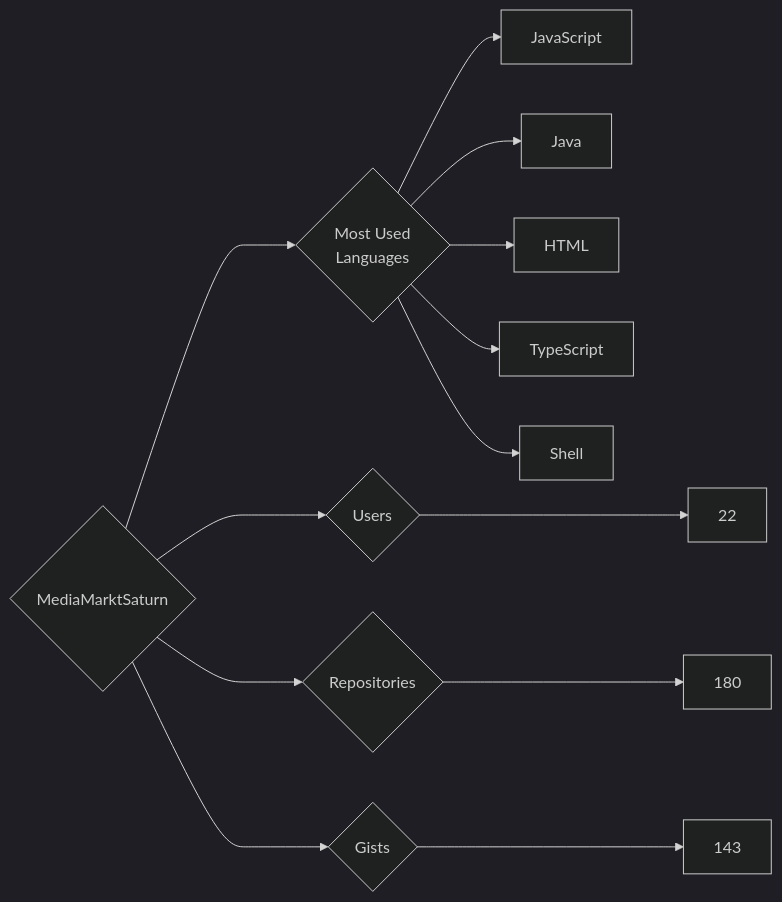
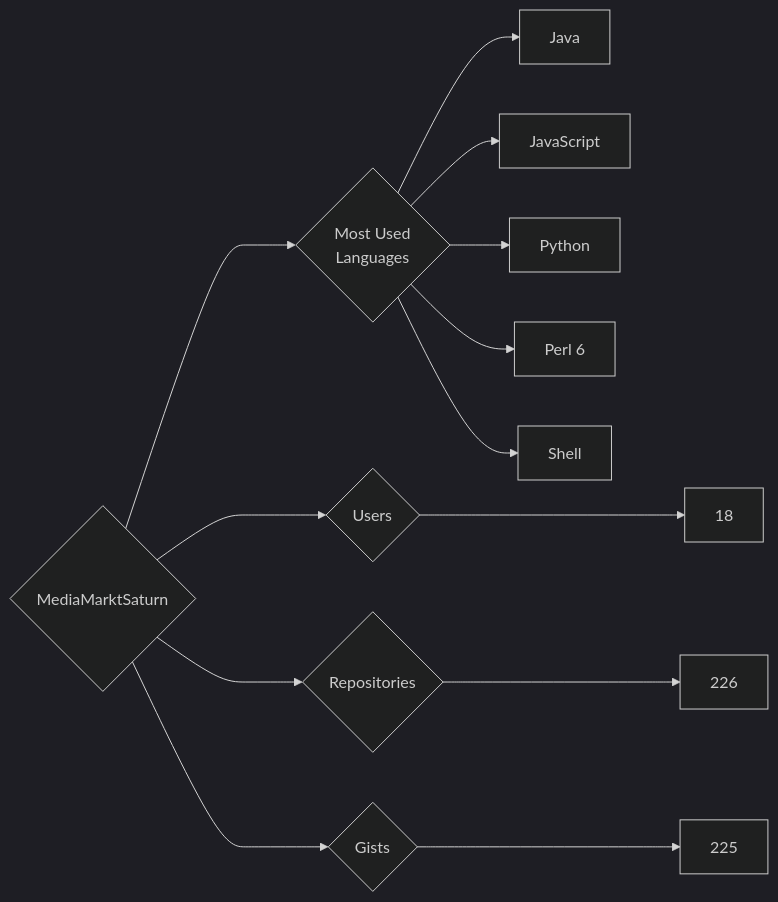
One commit to trickest/insiders changed the diagram in targets/MediaMarktSaturn/README.md. Above: the diagram before and after it, drawn with Mermaid (dark theme). The commit also changed 969 other files, not shown here.

````diff
--- a/targets/MediaMarktSaturn/README.md
+++ b/targets/MediaMarktSaturn/README.md
@@ -3,13 +3,13 @@
 ```mermaid
 graph LR
 COMPANY_NAME{MediaMarktSaturn}
-COMPANY_NAME ---> U{Users} ---> UN[22]
-COMPANY_NAME ---> R{Repositories} ---> RN[180]
-COMPANY_NAME ---> G{Gists} ---> GN[143]
+COMPANY_NAME ---> U{Users} ---> UN[18]
+COMPANY_NAME ---> R{Repositories} ---> RN[226]
+COMPANY_NAME ---> G{Gists} ---> GN[225]
 COMPANY_NAME ---> ML{Most Used<br>Languages}
+ML --> Java[Java]
 ML --> JavaScript[JavaScript]
-ML --> Java[Java]
-ML --> HTML[HTML]
-ML --> TypeScript[TypeScript]
+ML --> Python[Python]
+ML --> Perl_6[Perl 6]
 ML --> Shell[Shell]
 ```
````
